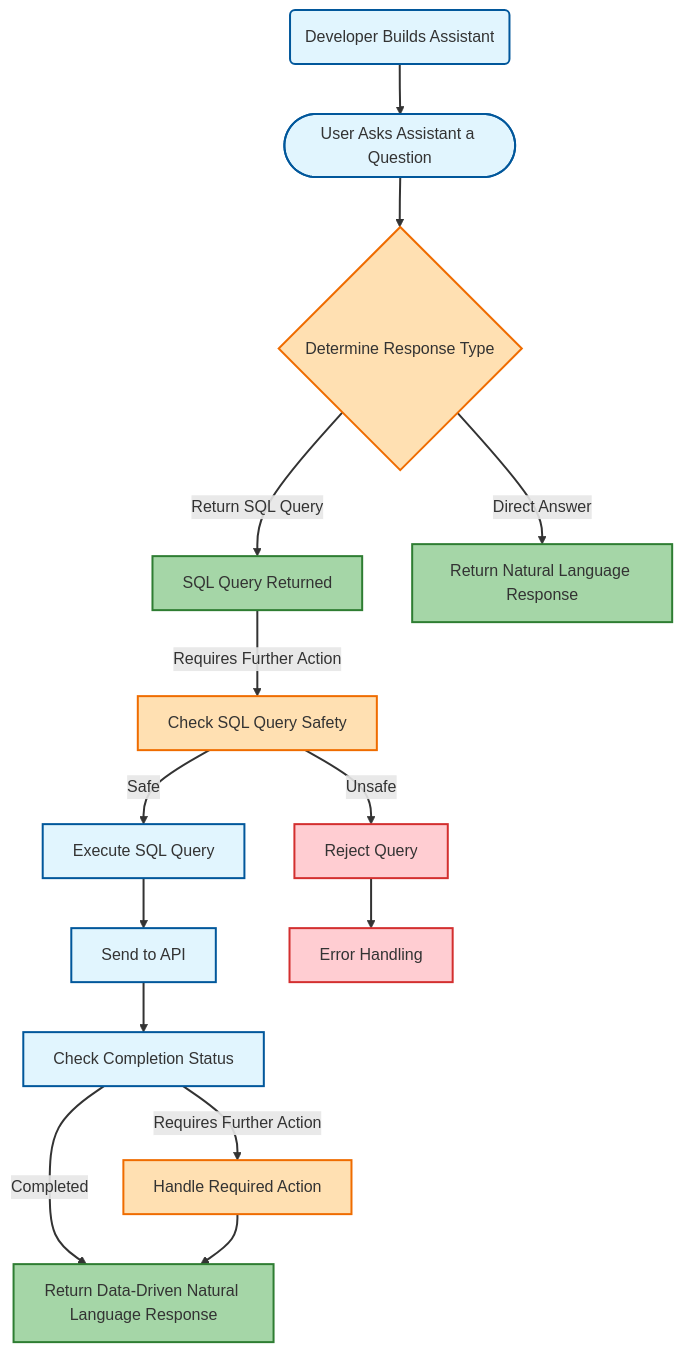
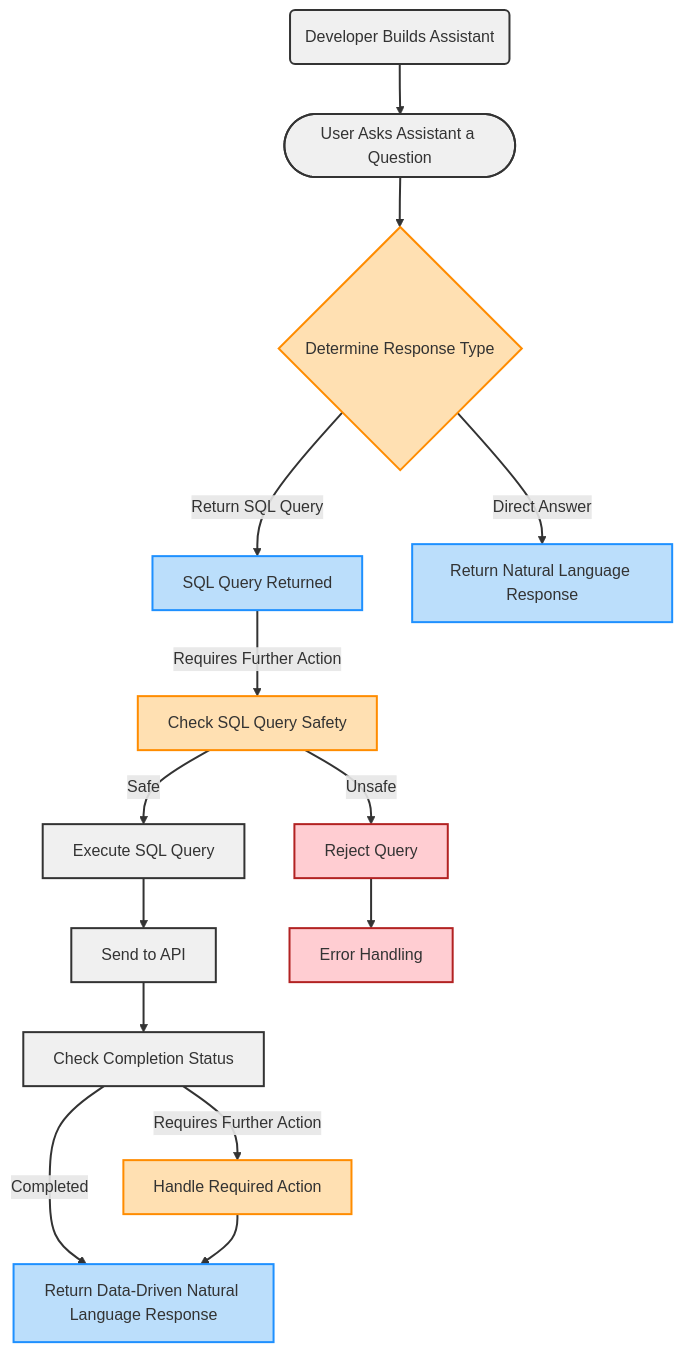
Before and after one commit to potatoqualitee/dbatools.ai: the diagram in README.md, drawn with Mermaid.

Commit message:
update mermaid colors

````diff
--- a/README.md
+++ b/README.md
@@ -119,26 +119,30 @@
 ```mermaid
 graph TD
 Z(Developer Builds Assistant) --> A([User Asks Assistant a Question])
 A --> D{Determine Response Type}
 D -->|Return SQL Query| E[SQL Query Returned]
 E -->|Requires Further Action| F[Check SQL Query Safety]
 D -->|Direct Answer| G[Return Natural Language Response]
 F -->|Safe| H[Execute SQL Query]
 H --> I[Send to API]
 I --> J[Check Completion Status]
 J -->|Requires Further Action| K[Handle Required Action]
 J -->|Completed| L[Return Data-Driven Natural Language Response]
 F -->|Unsafe| M[Reject Query]
 M --> N[Error Handling]
 K --> L
-classDef operation fill:#E1F5FE,stroke:#01579B,stroke-width:2px;
-classDef decision fill:#FFE0B2,stroke:#EF6C00,stroke-width:2px;
-classDef final fill:#C8E6C9,stroke:#388E3C,stroke-width:2px;
-classDef positiveResponse fill:#A5D6A7,stroke:#2E7D32,stroke-width:2px;
-classDef errorHandling fill:#FFCDD2,stroke:#D32F2F,stroke-width:2px;
+
+classDef operation fill:#F0F0F0,stroke:#333333,stroke-width:2px,color:#333333;
+classDef decision fill:#FFE0B2,stroke:#FF8C00,stroke-width:2px,color:#333333;
+classDef final fill:#C8E6C9,stroke:#2E8B57,stroke-width:2px,color:#333333;
+classDef positiveResponse fill:#BBDEFB,stroke:#1E90FF,stroke-width:2px,color:#333333;
+classDef errorHandling fill:#FFCDD2,stroke:#B22222,stroke-width:2px,color:#333333;
+
 class Z,A,H,I,J operation
 class D,F,K decision
 class E,G,L positiveResponse
 class M,N errorHandling
-linkStyle default stroke:#333,stroke-width:2px,fill:none;
+
+linkStyle default stroke:#333333,stroke-width:2px,fill:none;
+
 ```
````
